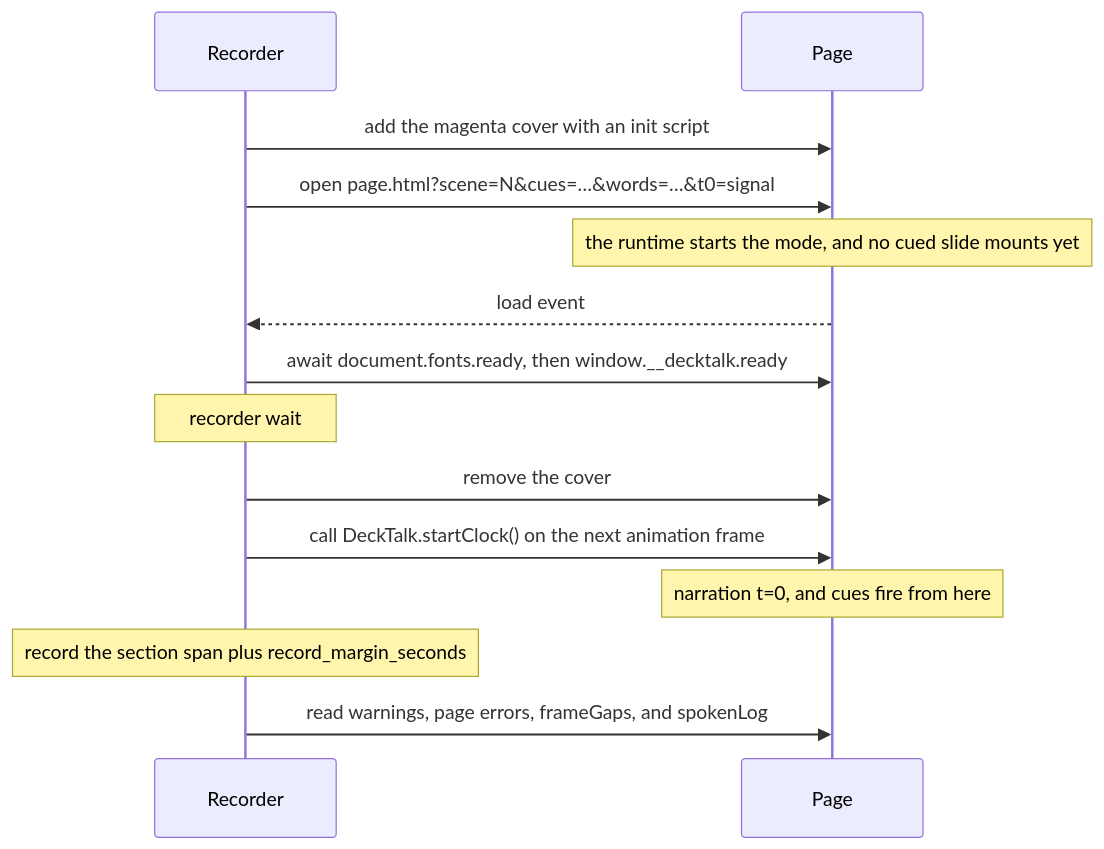
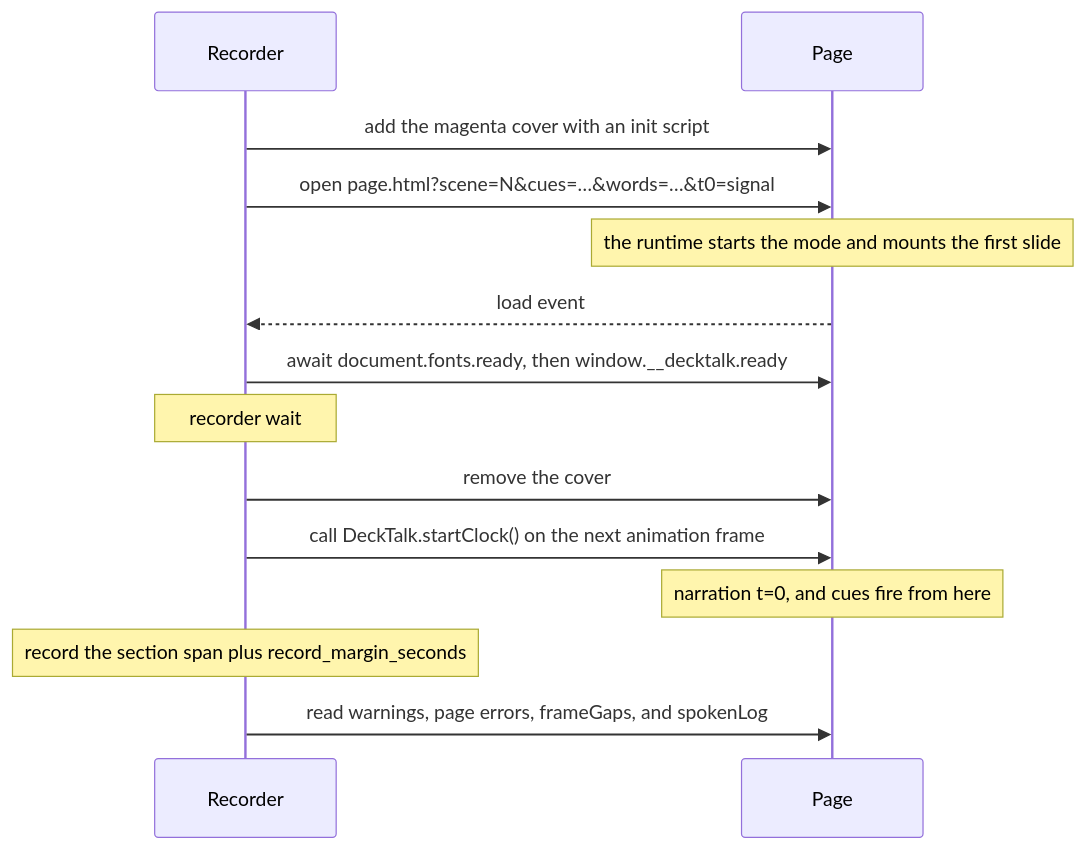
One commit to jacobcbeaudin/decktalk changed the diagram in docs/concepts/page-contract.mdx. Above: the diagram before and after it, drawn with Mermaid. The commit also changed other lines of this file and 15 other files, not shown here.

````diff
--- a/docs/concepts/page-contract.mdx
+++ b/docs/concepts/page-contract.mdx
@@ -57,16 +59,16 @@
 ```mermaid
 sequenceDiagram
     participant R as Recorder
     participant P as Page
     R->>P: add the magenta cover with an init script
     R->>P: open page.html?scene=N&cues=…&words=…&t0=signal
-    Note over P: the runtime starts the mode, and no cued slide mounts yet
+    Note over P: the runtime starts the mode and mounts the first slide
     P-->>R: load event
     R->>P: await document.fonts.ready, then window.__decktalk.ready
     Note over R: recorder wait
     R->>P: remove the cover
     R->>P: call DeckTalk.startClock() on the next animation frame
     Note over P: narration t=0, and cues fire from here
     Note over R: record the section span plus record_margin_seconds
     R->>P: read warnings, page errors, frameGaps, and spokenLog
 ```
````
